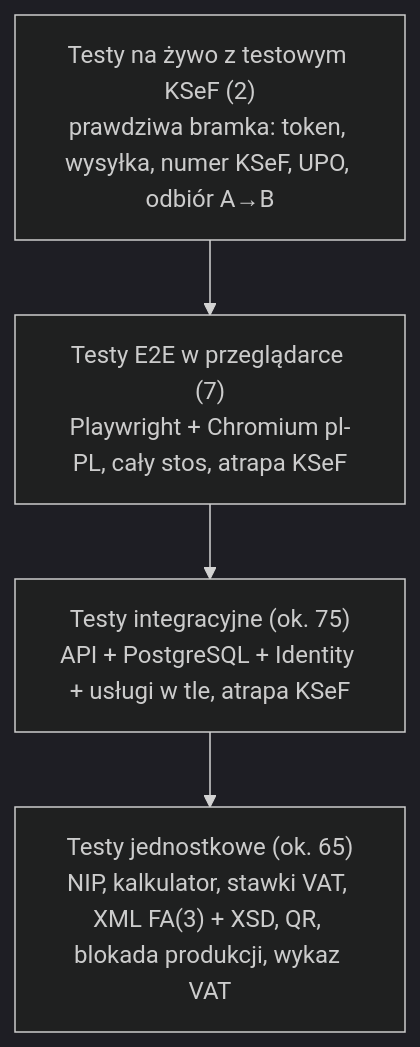
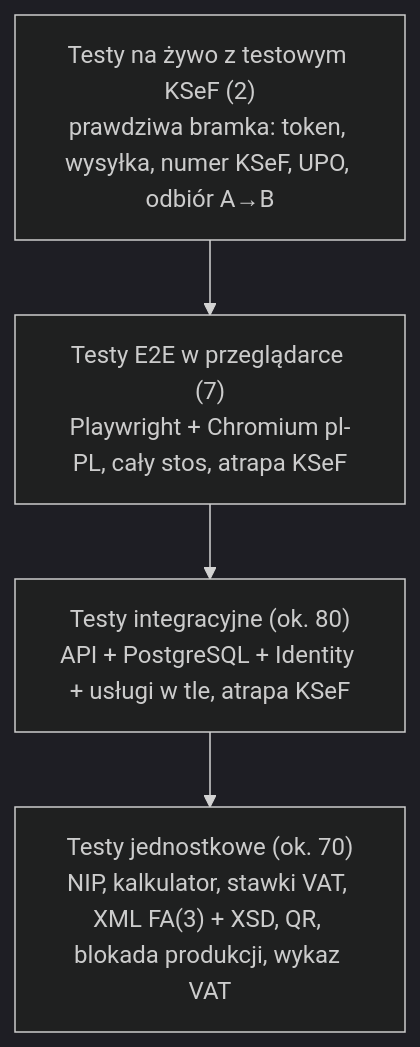
One commit to Kacper-Murawski/Fakturowanie-KSeF changed the diagram in docs/testy.md. Above: the diagram before and after it, drawn with Mermaid (dark theme). The commit also changed other lines of this file and 21 other files, not shown here.

````diff
--- a/docs/testy.md
+++ b/docs/testy.md
@@ -9,8 +9,8 @@
 ```mermaid
 flowchart TB
     L["Testy na żywo z testowym KSeF (2)<br/>prawdziwa bramka: token, wysyłka, numer KSeF, UPO, odbiór A→B"]
     E["Testy E2E w przeglądarce (7)<br/>Playwright + Chromium pl-PL, cały stos, atrapa KSeF"]
-    I["Testy integracyjne (ok. 75)<br/>API + PostgreSQL + Identity + usługi w tle, atrapa KSeF"]
-    U["Testy jednostkowe (ok. 65)<br/>NIP, kalkulator, stawki VAT, XML FA(3) + XSD, QR, blokada produkcji, wykaz VAT"]
+    I["Testy integracyjne (ok. 80)<br/>API + PostgreSQL + Identity + usługi w tle, atrapa KSeF"]
+    U["Testy jednostkowe (ok. 70)<br/>NIP, kalkulator, stawki VAT, XML FA(3) + XSD, QR, blokada produkcji, wykaz VAT"]
     L --> E --> I --> U
 ```
````
